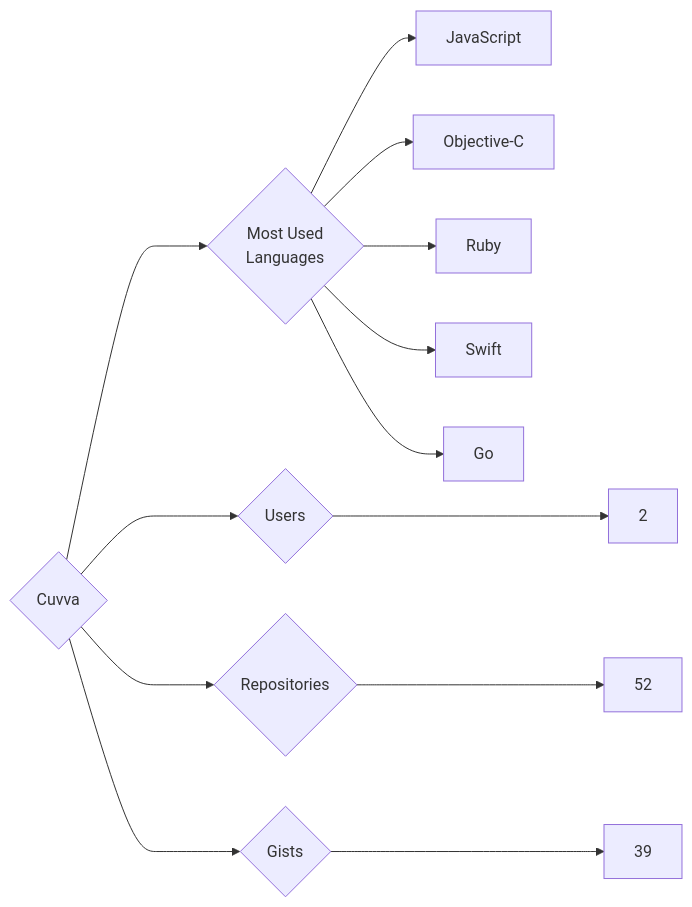
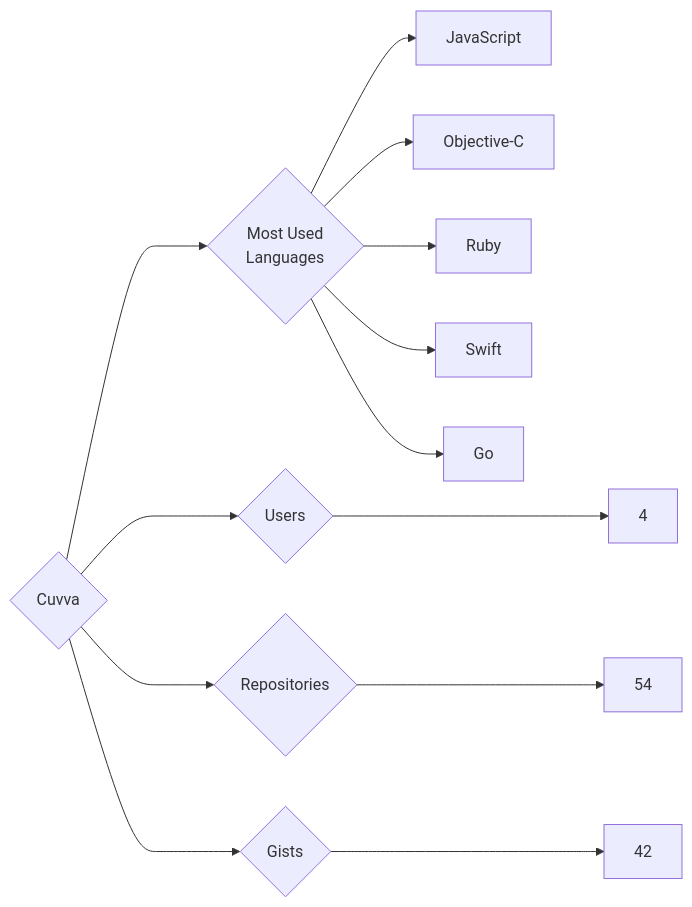
Before and after one commit to trickest/insiders: the diagram in targets/Cuvva/README.md, drawn with Mermaid. The commit also changed 773 other files, not shown here.

````diff
--- a/targets/Cuvva/README.md
+++ b/targets/Cuvva/README.md
@@ -3,13 +3,13 @@
 ```mermaid
 graph LR
 COMPANY_NAME{Cuvva}
-COMPANY_NAME ---> U{Users} ---> UN[2]
-COMPANY_NAME ---> R{Repositories} ---> RN[52]
-COMPANY_NAME ---> G{Gists} ---> GN[39]
+COMPANY_NAME ---> U{Users} ---> UN[4]
+COMPANY_NAME ---> R{Repositories} ---> RN[54]
+COMPANY_NAME ---> G{Gists} ---> GN[42]
 COMPANY_NAME ---> ML{Most Used<br>Languages}
 ML --> JavaScript[JavaScript]
 ML --> Objective-C[Objective-C]
 ML --> Ruby[Ruby]
 ML --> Swift[Swift]
 ML --> Go[Go]
 ```
````
